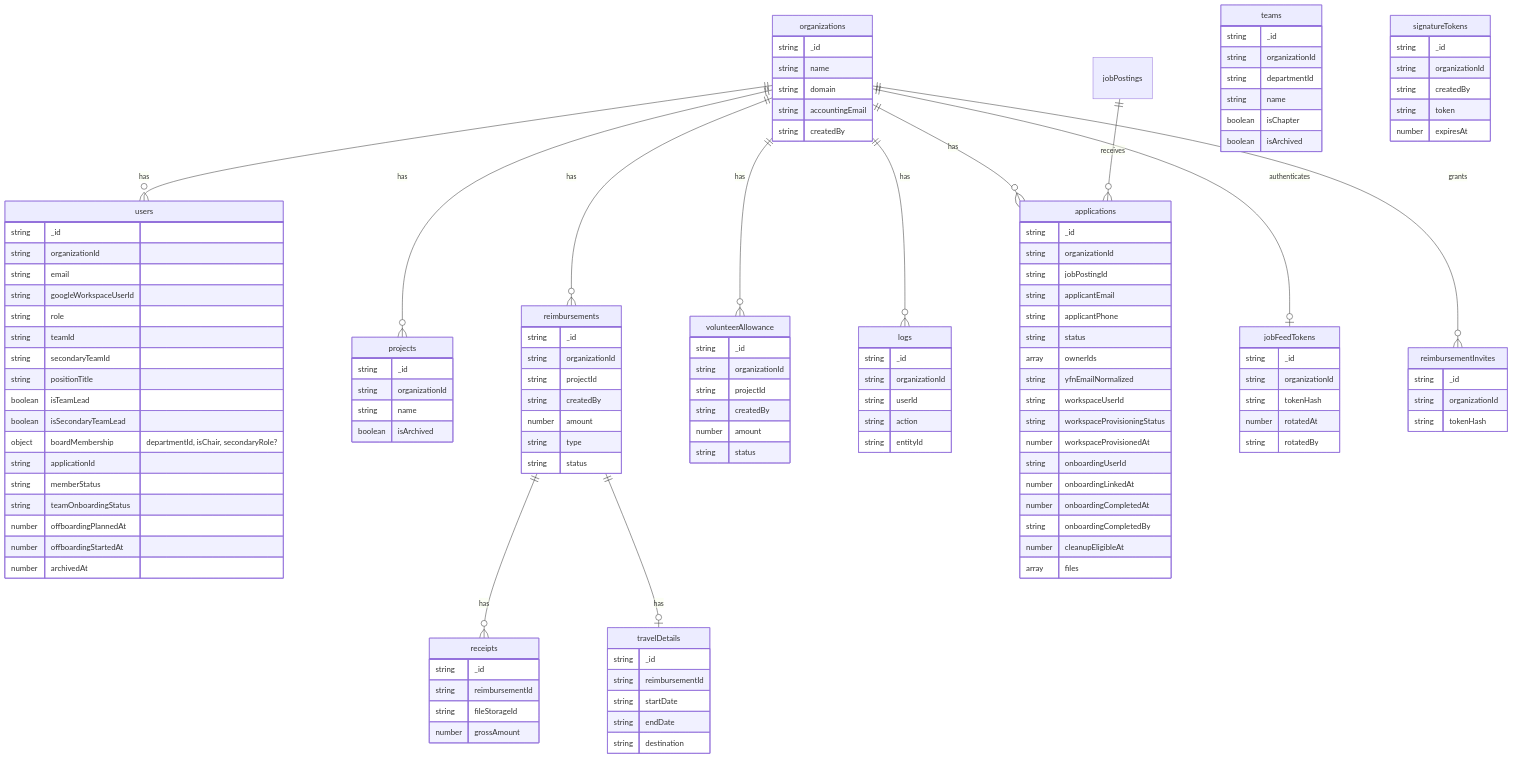
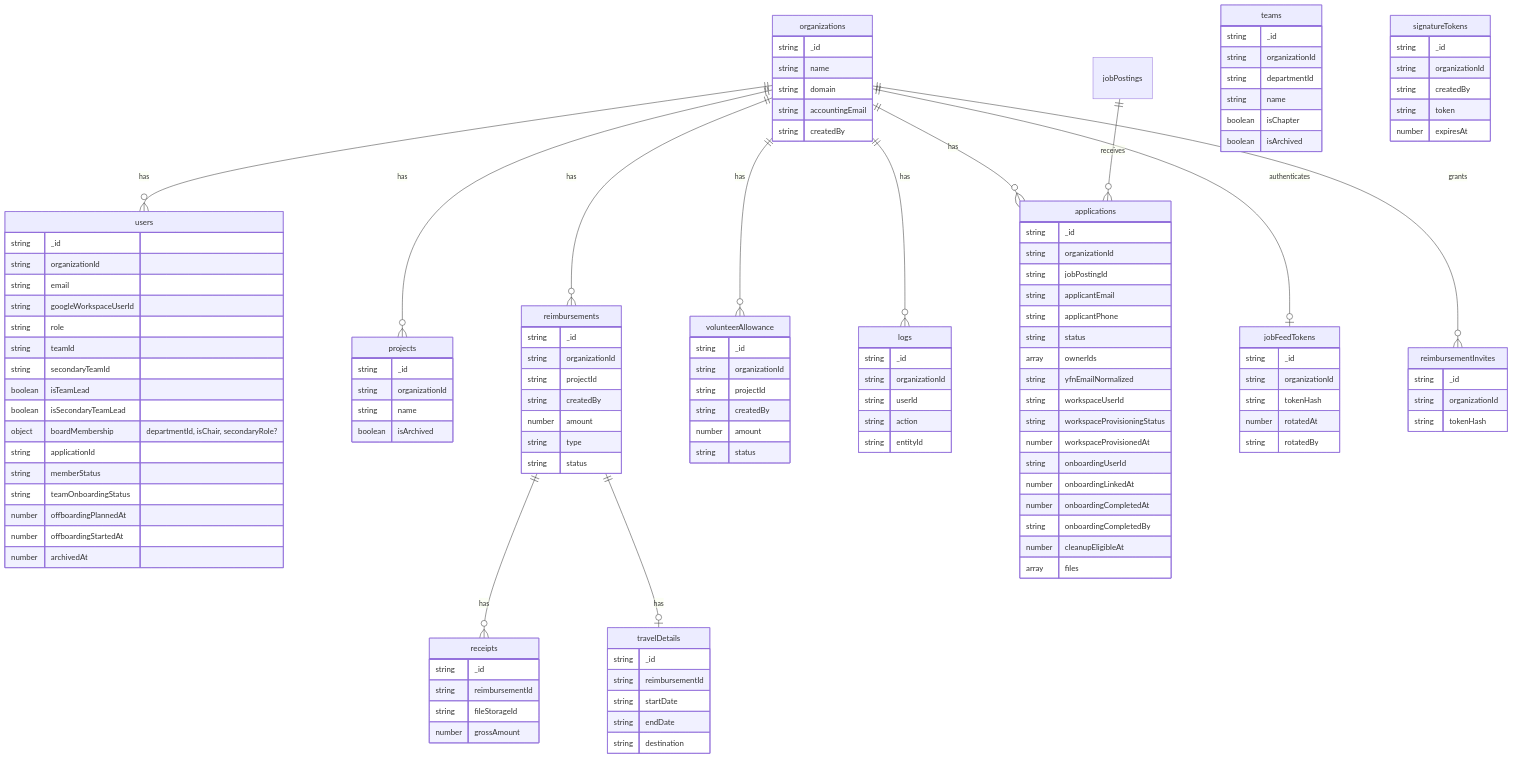
The diagram in docs/schema.md (yfndev/ybase), drawn with Mermaid before and after one commit. The commit also changed 35 other files, not shown here.

```diff
--- a/docs/schema.md
+++ b/docs/schema.md
@@ -48,7 +48,6 @@
         string role
         string teamId
         string secondaryTeamId
-        string positionTitle
         boolean isTeamLead
         boolean isSecondaryTeamLead
         object boardMembership "departmentId, isChair, secondaryRole?"
```
